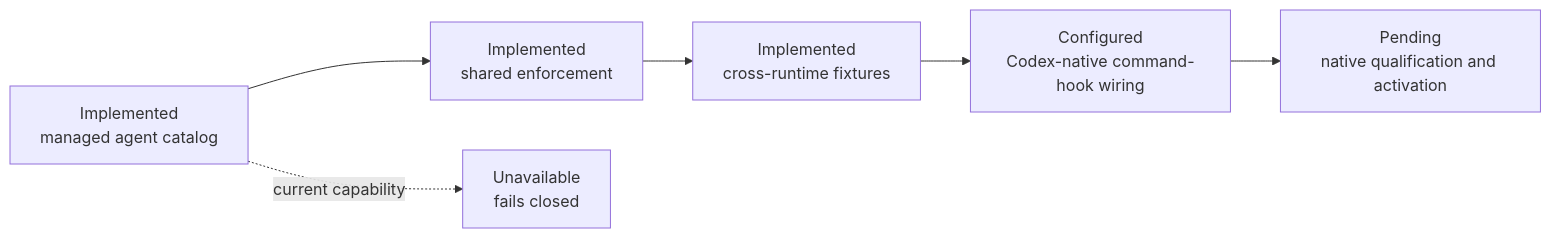
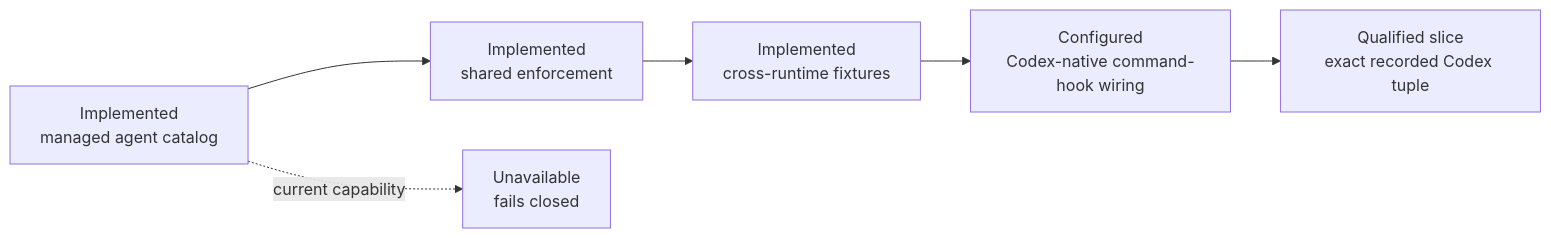
The diagram in adapters/codex/README.md (agentic-os-brasil/bcg-brasil-agentic-os), drawn with Mermaid before and after one commit. The commit also changed other lines of this file and 82 other files, not shown here.

````diff
--- a/adapters/codex/README.md
+++ b/adapters/codex/README.md
@@ -58,8 +64,8 @@
 ```mermaid
 flowchart LR
     Catalog["Implemented<br/>managed agent catalog"] --> Adapter["Implemented<br/>shared enforcement"]
     Adapter --> Fixtures["Implemented<br/>cross-runtime fixtures"]
     Fixtures --> Wiring["Configured<br/>Codex-native command-hook wiring"]
-    Wiring --> Active["Pending<br/>native qualification and activation"]
+    Wiring --> Active["Qualified slice<br/>exact recorded Codex tuple"]
     Catalog -.->|current capability| Unavailable["Unavailable<br/>fails closed"]
 ```
````
